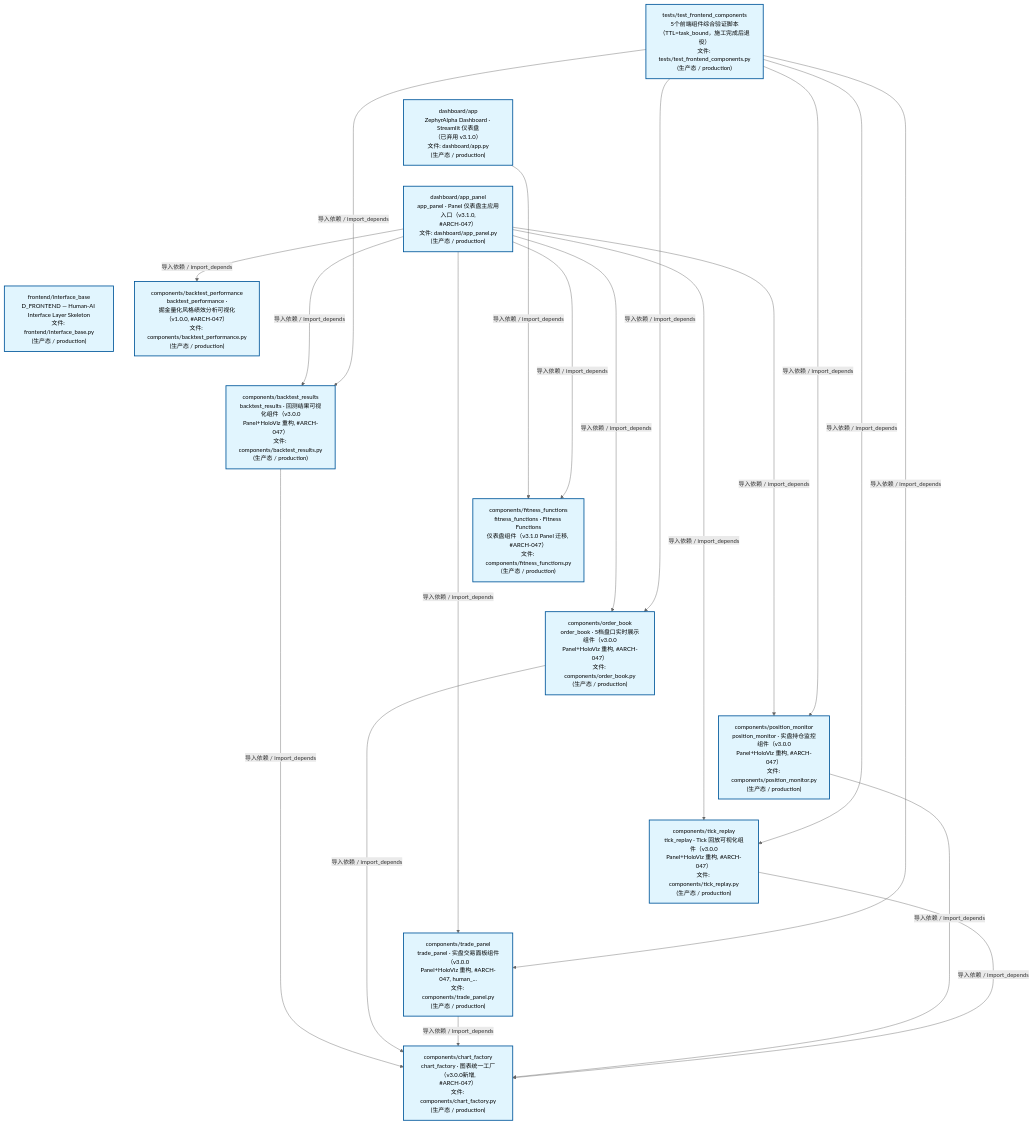
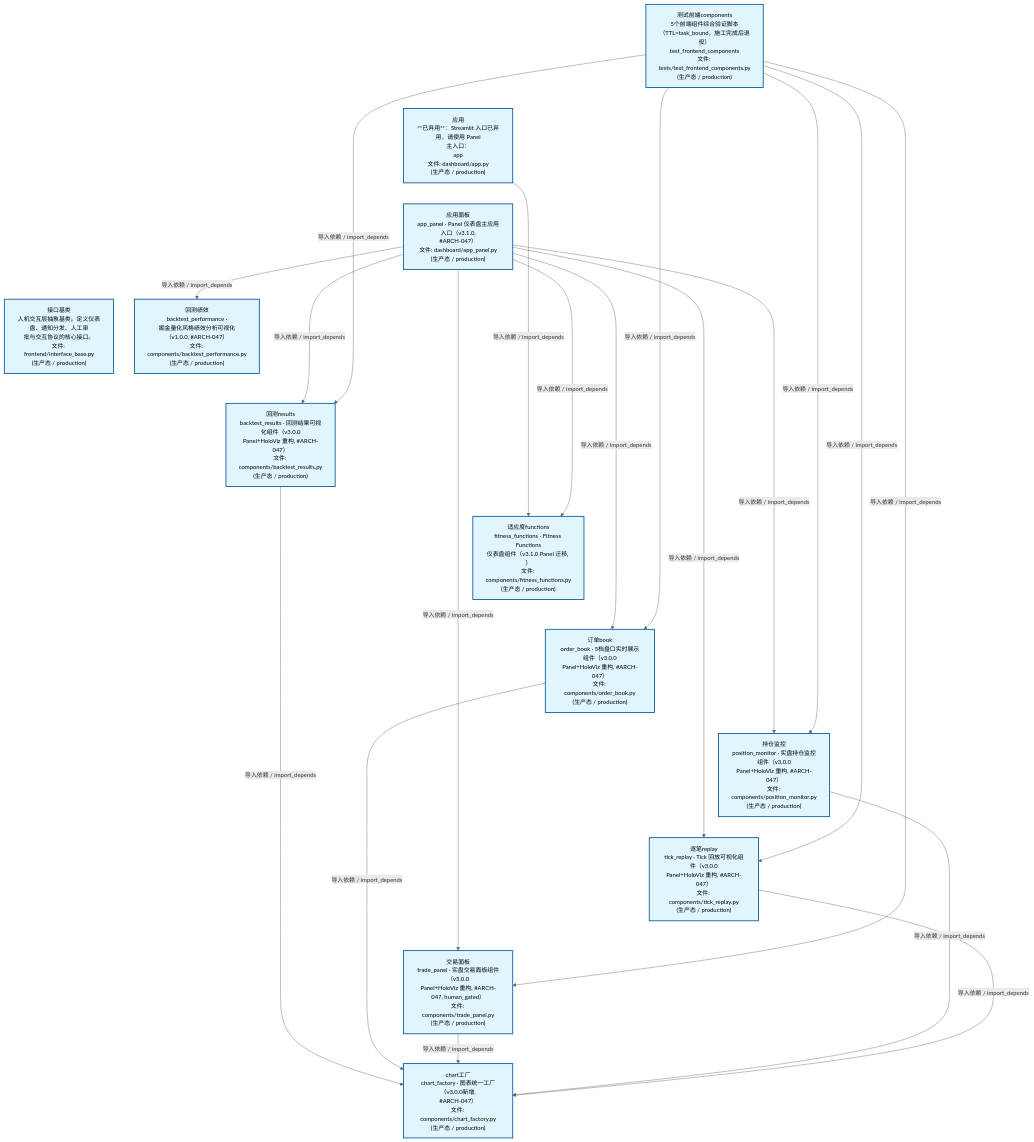
Before and after one commit to xuanFelixVan/ZephyrAlpha: the second of 4 diagrams in docs/02_enterprise_architecture/02_domain_architecture_docs/47_d_frontend.md, drawn with Mermaid. The commit also changed other lines of this file and 54 other files, not shown here.

````diff
--- a/docs/02_enterprise_architecture/02_domain_architecture_docs/47_d_frontend.md
+++ b/docs/02_enterprise_architecture/02_domain_architecture_docs/47_d_frontend.md
@@ -124,48 +124,48 @@
 ```mermaid
 %%{init: {'theme': 'base', 'themeVariables': {'primaryColor': '#eaeaea', 'primaryTextColor': '#333333', 'primaryBorderColor': '#666666', 'lineColor': '#666666', 'secondaryColor': '#eaeaea', 'tertiaryColor': '#eaeaea', 'fontSize': '14px'}}}%%
 flowchart TD
-    scripts_tests_test_frontend_components_py["tests/test_frontend_components<br/>5个前端组件综合验证脚本<br/>（TTL=task_bound，施工完成后退役）<br/>文件: tests/test_frontend_components.py<br/>(生产态 / production)"]
-    src_zephyr_frontend_dashboard_app_py["dashboard/app<br/>ZephyrAlpha Dashboard · Streamlit 仪表盘<br/>（已弃用 v3.1.0）<br/>文件: dashboard/app.py<br/>(生产态 / production)"]
-    src_zephyr_frontend_dashboard_app_panel_py["dashboard/app_panel<br/>app_panel · Panel 仪表盘主应用入口（v3.1.0,<br/>#ARCH-047）<br/>文件: dashboard/app_panel.py<br/>(生产态 / production)"]
-    src_zephyr_frontend_interface_base_py["frontend/interface_base<br/>D_FRONTEND — Human-AI Interface Layer Skeleton<br/>文件: frontend/interface_base.py<br/>(生产态 / production)"]
+    scripts_tests_test_frontend_components_py["测试前端components<br/>5个前端组件综合验证脚本<br/>（TTL=task_bound，施工完成后退役）<br/>test_frontend_components<br/>文件: tests/test_frontend_components.py<br/>(生产态 / production)"]
+    src_zephyr_frontend_dashboard_app_py["应用<br/>**已弃用**：Streamlit 入口已弃用，请使用 Panel<br/>主入口：<br/>app<br/>文件: dashboard/app.py<br/>(生产态 / production)"]
+    src_zephyr_frontend_dashboard_app_panel_py["应用面板<br/>app_panel · Panel 仪表盘主应用入口（v3.1.0,<br/>#ARCH-047）<br/>文件: dashboard/app_panel.py<br/>(生产态 / production)"]
+    src_zephyr_frontend_interface_base_py["接口基类<br/>人机交互层抽象基类。定义仪表盘、通知分发、人工审<br/>批与交互协议的核心接口。<br/>文件: frontend/interface_base.py<br/>(生产态 / production)"]
     scripts_tests_test_frontend_components_py ~~~ src_zephyr_frontend_dashboard_app_py
     src_zephyr_frontend_dashboard_app_py ~~~ src_zephyr_frontend_dashboard_app_panel_py
     src_zephyr_frontend_dashboard_app_panel_py ~~~ src_zephyr_frontend_interface_base_py
-    src_zephyr_frontend_dashboard_components_backtest_performance_py["components/backtest_performance<br/>backtest_performance ·<br/>掘金量化风格绩效分析可视化（v1.0.0, #ARCH-047）<br/>文件: components/backtest_performance.py<br/>(生产态 / production)"]
-    src_zephyr_frontend_dashboard_components_backtest_results_py["components/backtest_results<br/>backtest_results · 回测结果可视化组件（v3.0.0<br/>Panel+HoloViz 重构, #ARCH-047）<br/>文件: components/backtest_results.py<br/>(生产态 / production)"]
-    src_zephyr_frontend_dashboard_components_fitness_functions_py["components/fitness_functions<br/>fitness_functions · Fitness Functions<br/>仪表盘组件（v3.1.0 Panel 迁移, #ARCH-047）<br/>文件: components/fitness_functions.py<br/>(生产态 / production)"]
-    src_zephyr_frontend_dashboard_components_order_book_py["components/order_book<br/>order_book · 5档盘口实时展示组件（v3.0.0<br/>Panel+HoloViz 重构, #ARCH-047）<br/>文件: components/order_book.py<br/>(生产态 / production)"]
-    src_zephyr_frontend_dashboard_components_position_monitor_py["components/position_monitor<br/>position_monitor · 实盘持仓监控组件（v3.0.0<br/>Panel+HoloViz 重构, #ARCH-047）<br/>文件: components/position_monitor.py<br/>(生产态 / production)"]
-    src_zephyr_frontend_dashboard_components_tick_replay_py["components/tick_replay<br/>tick_replay · Tick 回放可视化组件（v3.0.0<br/>Panel+HoloViz 重构, #ARCH-047）<br/>文件: components/tick_replay.py<br/>(生产态 / production)"]
-    src_zephyr_frontend_dashboard_components_trade_panel_py["components/trade_panel<br/>trade_panel · 实盘交易面板组件（v3.0.0<br/>Panel+HoloViz 重构, #ARCH-047, human_...<br/>文件: components/trade_panel.py<br/>(生产态 / production)"]
+    src_zephyr_frontend_dashboard_components_backtest_performance_py["回测绩效<br/>backtest_performance ·<br/>掘金量化风格绩效分析可视化（v1.0.0, #ARCH-047）<br/>文件: components/backtest_performance.py<br/>(生产态 / production)"]
+    src_zephyr_frontend_dashboard_components_backtest_results_py["回测results<br/>backtest_results · 回测结果可视化组件（v3.0.0<br/>Panel+HoloViz 重构, #ARCH-047）<br/>文件: components/backtest_results.py<br/>(生产态 / production)"]
+    src_zephyr_frontend_dashboard_components_fitness_functions_py["适应度functions<br/>fitness_functions · Fitness Functions<br/>仪表盘组件（v3.1.0 Panel 迁移, ）<br/>文件: components/fitness_functions.py<br/>(生产态 / production)"]
+    src_zephyr_frontend_dashboard_components_order_book_py["订单book<br/>order_book · 5档盘口实时展示组件（v3.0.0<br/>Panel+HoloViz 重构, #ARCH-047）<br/>文件: components/order_book.py<br/>(生产态 / production)"]
+    src_zephyr_frontend_dashboard_components_position_monitor_py["持仓监控<br/>position_monitor · 实盘持仓监控组件（v3.0.0<br/>Panel+HoloViz 重构, #ARCH-047）<br/>文件: components/position_monitor.py<br/>(生产态 / production)"]
+    src_zephyr_frontend_dashboard_components_tick_replay_py["逐笔replay<br/>tick_replay · Tick 回放可视化组件（v3.0.0<br/>Panel+HoloViz 重构, #ARCH-047）<br/>文件: components/tick_replay.py<br/>(生产态 / production)"]
+    src_zephyr_frontend_dashboard_components_trade_panel_py["交易面板<br/>trade_panel · 实盘交易面板组件（v3.0.0<br/>Panel+HoloViz 重构, #ARCH-047, human_gated）<br/>文件: components/trade_panel.py<br/>(生产态 / production)"]
     src_zephyr_frontend_dashboard_components_backtest_performance_py ~~~ src_zephyr_frontend_dashboard_components_backtest_results_py
     src_zephyr_frontend_dashboard_components_backtest_results_py ~~~ src_zephyr_frontend_dashboard_components_fitness_functions_py
     src_zephyr_frontend_dashboard_components_fitness_functions_py ~~~ src_zephyr_frontend_dashboard_components_order_book_py
     src_zephyr_frontend_dashboard_components_order_book_py ~~~ src_zephyr_frontend_dashboard_components_position_monitor_py
     src_zephyr_frontend_dashboard_components_position_monitor_py ~~~ src_zephyr_frontend_dashboard_components_tick_replay_py
     src_zephyr_frontend_dashboard_components_tick_replay_py ~~~ src_zephyr_frontend_dashboard_components_trade_panel_py
-    src_zephyr_frontend_dashboard_components_chart_factory_py["components/chart_factory<br/>chart_factory · 图表统一工厂（v3.0.0新增,<br/>#ARCH-047）<br/>文件: components/chart_factory.py<br/>(生产态 / production)"]
+    src_zephyr_frontend_dashboard_components_chart_factory_py["chart工厂<br/>chart_factory · 图表统一工厂（v3.0.0新增,<br/>#ARCH-047）<br/>文件: components/chart_factory.py<br/>(生产态 / production)"]
     src_zephyr_frontend_dashboard_app_py -->|导入依赖 / import_depends| src_zephyr_frontend_dashboard_components_fitness_functions_py
     src_zephyr_frontend_dashboard_components_backtest_results_py -->|导入依赖 / import_depends| src_zephyr_frontend_dashboard_components_chart_factory_py
     src_zephyr_frontend_dashboard_app_panel_py -->|导入依赖 / import_depends| src_zephyr_frontend_dashboard_components_backtest_results_py
     src_zephyr_frontend_dashboard_app_panel_py -->|导入依赖 / import_depends| src_zephyr_frontend_dashboard_components_backtest_performance_py
     src_zephyr_frontend_dashboard_app_panel_py -->|导入依赖 / import_depends| src_zephyr_frontend_dashboard_components_fitness_functions_py
     src_zephyr_frontend_dashboard_app_panel_py -->|导入依赖 / import_depends| src_zephyr_frontend_dashboard_components_order_book_py
     src_zephyr_frontend_dashboard_app_panel_py -->|导入依赖 / import_depends| src_zephyr_frontend_dashboard_components_trade_panel_py
     src_zephyr_frontend_dashboard_app_panel_py -->|导入依赖 / import_depends| src_zephyr_frontend_dashboard_components_position_monitor_py
     src_zephyr_frontend_dashboard_app_panel_py -->|导入依赖 / import_depends| src_zephyr_frontend_dashboard_components_tick_replay_py
     src_zephyr_frontend_dashboard_components_order_book_py -->|导入依赖 / import_depends| src_zephyr_frontend_dashboard_components_chart_factory_py
     src_zephyr_frontend_dashboard_components_trade_panel_py -->|导入依赖 / import_depends| src_zephyr_frontend_dashboard_components_chart_factory_py
     src_zephyr_frontend_dashboard_components_position_monitor_py -->|导入依赖 / import_depends| src_zephyr_frontend_dashboard_components_chart_factory_py
     src_zephyr_frontend_dashboard_components_tick_replay_py -->|导入依赖 / import_depends| src_zephyr_frontend_dashboard_components_chart_factory_py
     scripts_tests_test_frontend_components_py -->|导入依赖 / import_depends| src_zephyr_frontend_dashboard_components_backtest_results_py
     scripts_tests_test_frontend_components_py -->|导入依赖 / import_depends| src_zephyr_frontend_dashboard_components_order_book_py
     scripts_tests_test_frontend_components_py -->|导入依赖 / import_depends| src_zephyr_frontend_dashboard_components_trade_panel_py
     scripts_tests_test_frontend_components_py -->|导入依赖 / import_depends| src_zephyr_frontend_dashboard_components_position_monitor_py
     scripts_tests_test_frontend_components_py -->|导入依赖 / import_depends| src_zephyr_frontend_dashboard_components_tick_replay_py
     classDef production fill:#e1f5fe,stroke:#01579b,stroke-width:2px,color:#000
     classDef design fill:#fff3e0,stroke:#e65100,stroke-width:2px,color:#000,stroke-dasharray: 5 5
     classDef external_prod fill:#e8f4fd,stroke:#0277bd,stroke-width:1px,color:#000
     classDef external_design fill:#fff8e7,stroke:#ef6c00,stroke-width:1px,color:#000,stroke-dasharray: 5 5
     class scripts_tests_test_frontend_components_py,src_zephyr_frontend_dashboard_app_py,src_zephyr_frontend_dashboard_app_panel_py,src_zephyr_frontend_dashboard_components_backtest_performance_py,src_zephyr_frontend_dashboard_components_backtest_results_py,src_zephyr_frontend_dashboard_components_chart_factory_py,src_zephyr_frontend_dashboard_components_fitness_functions_py,src_zephyr_frontend_dashboard_components_order_book_py,src_zephyr_frontend_dashboard_components_position_monitor_py,src_zephyr_frontend_dashboard_components_tick_replay_py,src_zephyr_frontend_dashboard_components_trade_panel_py,src_zephyr_frontend_interface_base_py production
 ```
````
